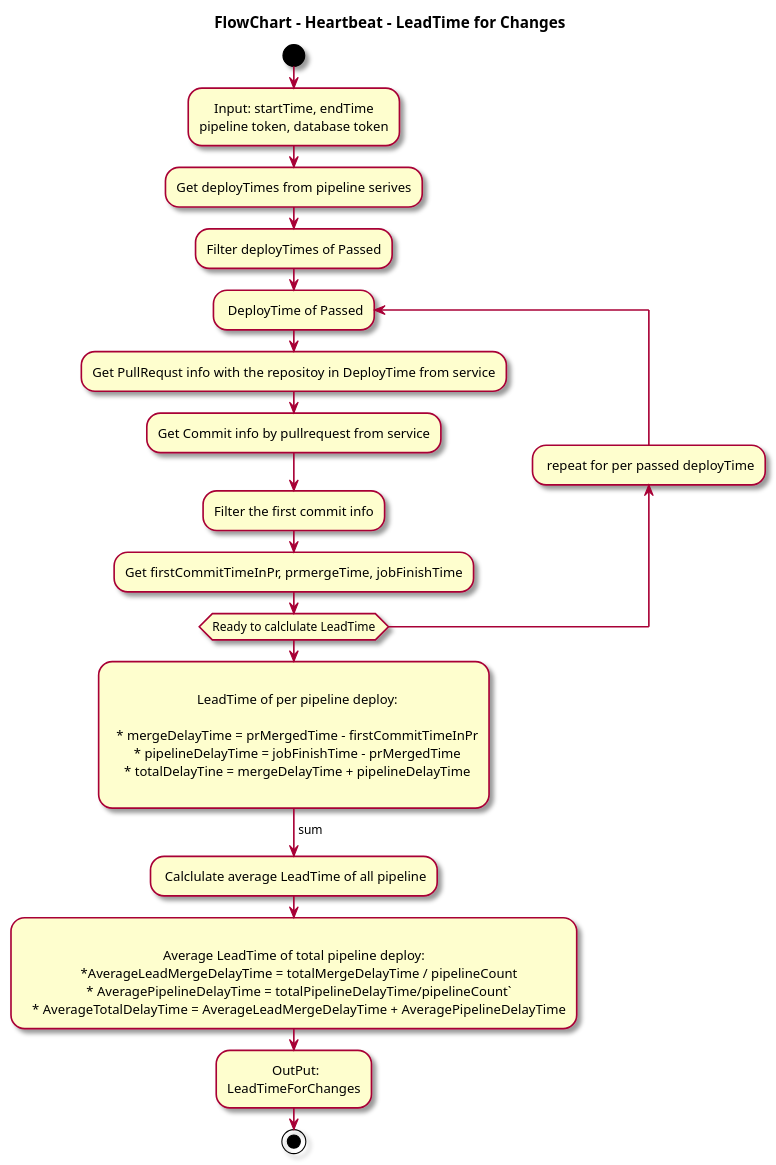
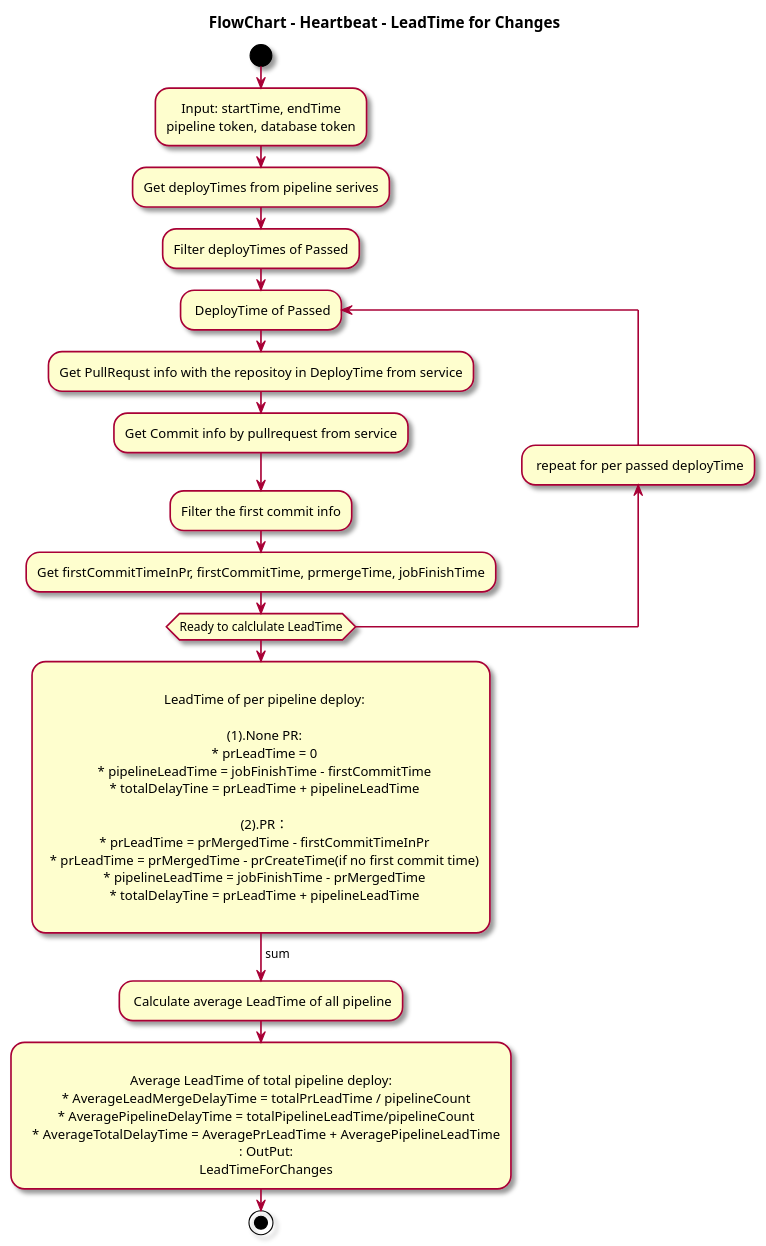
The seventh of 14 diagrams in docs/src/pages/en/dev-center/flow-diagrams.md (thoughtworks/HeartBeat), drawn with PlantUML before and after one commit. The commit also changed 23 other files, not shown here.

````diff
--- a/docs/src/pages/en/dev-center/flow-diagrams.md
+++ b/docs/src/pages/en/dev-center/flow-diagrams.md
@@ -274,37 +274,44 @@
 ```plantuml
 @startuml LeadTime for Changes
 skin rose
 skinparam defaultTextAlignment center
 title FlowChart - Heartbeat - LeadTime for Changes
 start
 :Input: startTime, endTime
 pipeline token, database token;
 :Get deployTimes from pipeline serives;
 :Filter deployTimes of Passed;
   repeat: DeployTime of Passed
     :Get PullRequst info with the repositoy in DeployTime from service;
       :Get Commit info by pullrequest from service;
       :Filter the first commit info;
-      :Get firstCommitTimeInPr, prmergeTime, jobFinishTime;
+      :Get firstCommitTimeInPr, firstCommitTime, prmergeTime, jobFinishTime;
     backward: repeat for per passed deployTime;
     repeat while (Ready to calclulate LeadTime)
     :
       LeadTime of per pipeline deploy:
 
-      * mergeDelayTime = prMergedTime - firstCommitTimeInPr
-      * pipelineDelayTime = jobFinishTime - prMergedTime
-      * totalDelayTine = mergeDelayTime + pipelineDelayTime
+      (1).None PR:
+      * prLeadTime = 0
+      * pipelineLeadTime = jobFinishTime - firstCommitTime
+      * totalDelayTine = prLeadTime + pipelineLeadTime
+
+      (2).PR：
+      * prLeadTime = prMergedTime - firstCommitTimeInPr
+      * prLeadTime = prMergedTime - prCreateTime(if no first commit time)
+      * pipelineLeadTime = jobFinishTime - prMergedTime
+      * totalDelayTine = prLeadTime + pipelineLeadTime
       ;
   ->sum;
-  : Calclulate average LeadTime of all pipeline;
+  : Calculate average LeadTime of all pipeline;
 
   :
   Average LeadTime of total pipeline deploy:
-     *AverageLeadMergeDelayTime = totalMergeDelayTime / pipelineCount
-     * AveragePipelineDelayTime = totalPipelineDelayTime/pipelineCount`
-     * AverageTotalDelayTime = AverageLeadMergeDelayTime + AveragePipelineDelayTime;
+     * AverageLeadMergeDelayTime = totalPrLeadTime / pipelineCount
+     * AveragePipelineDelayTime = totalPipelineLeadTime/pipelineCount
+     * AverageTotalDelayTime = AveragePrLeadTime + AveragePipelineLeadTime
      : OutPut:
      LeadTimeForChanges;
 stop
 @enduml
 ```
````
